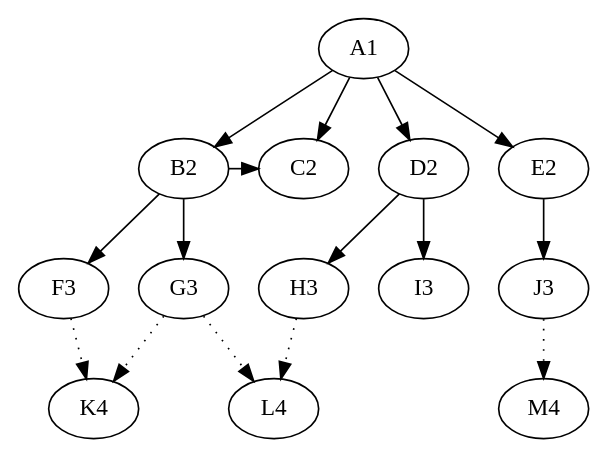
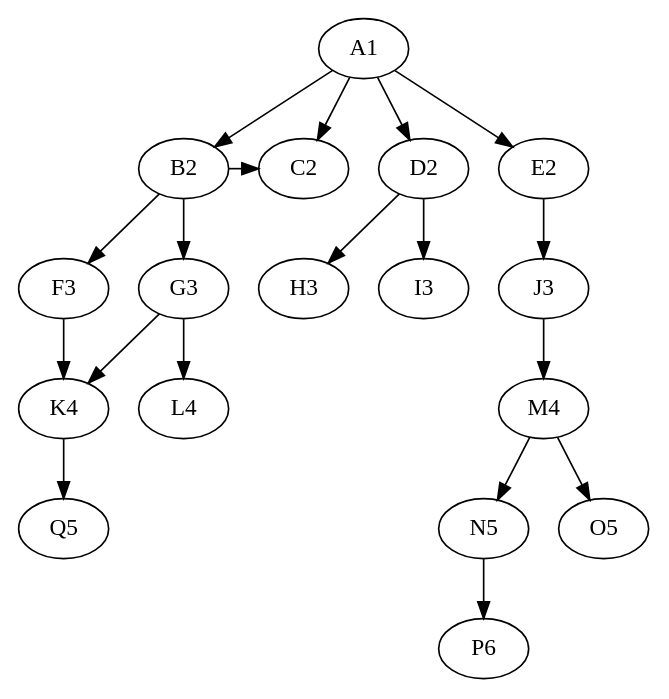
One commit to josiah-wolf-oberholtzer/discograph changed the diagram in discograph/docs/graph.dot. Above: the diagram before and after it, drawn with Graphviz. The commit also changed 2 other files, not shown here.

Commit message:
Adding graph docs.

```diff
--- a/discograph/docs/graph.dot
+++ b/discograph/docs/graph.dot
@@ -1,33 +1,35 @@
 digraph G {
-    graph [root=A1];
+    graph [
+        mindist=10;
+        root=A1;
+        ];
+
+    edge [
+        //style=dotted;
+        ];
 
     A1;
 
     A1 -> B2;
     A1 -> C2;
     A1 -> D2;
     A1 -> E2;
 
     B2 -> C2 [constraint=false];
     B2 -> F3;
     B2 -> G3;
     D2 -> H3;
     D2 -> I3;
     E2 -> J3;
 
-    edge [style=dotted];
-
     F3 -> K4;
     G3 -> K4;
     G3 -> L4;
-    H3 -> L4;
     J3 -> M4;
 
-    /*
     K4 -> Q5;
     M4 -> N5;
     M4 -> O5;
 
     N5 -> P6;
-    */
 }
```
